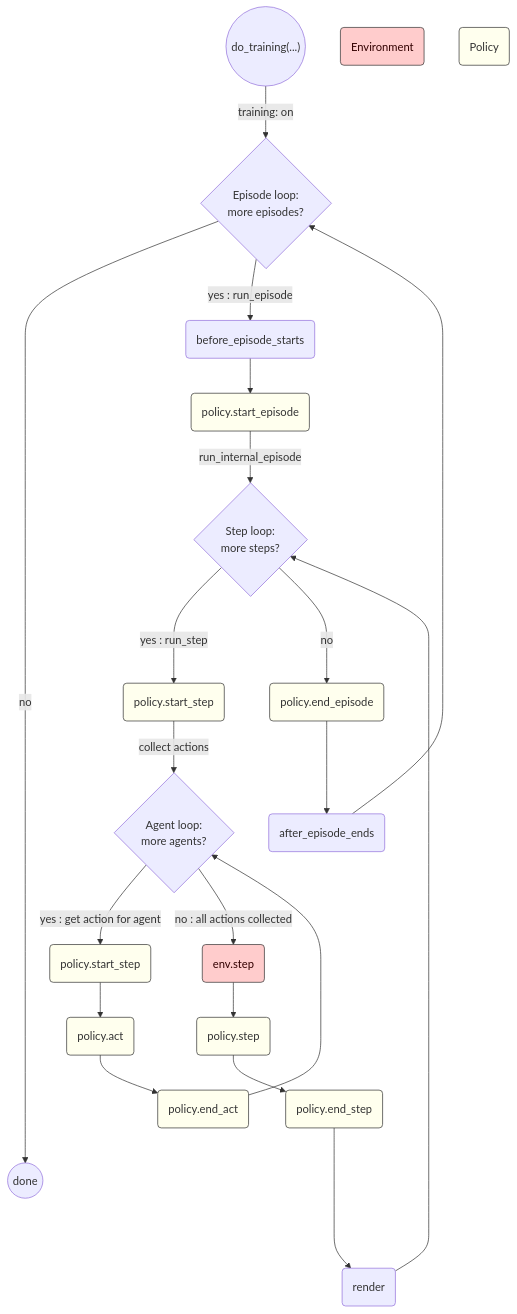
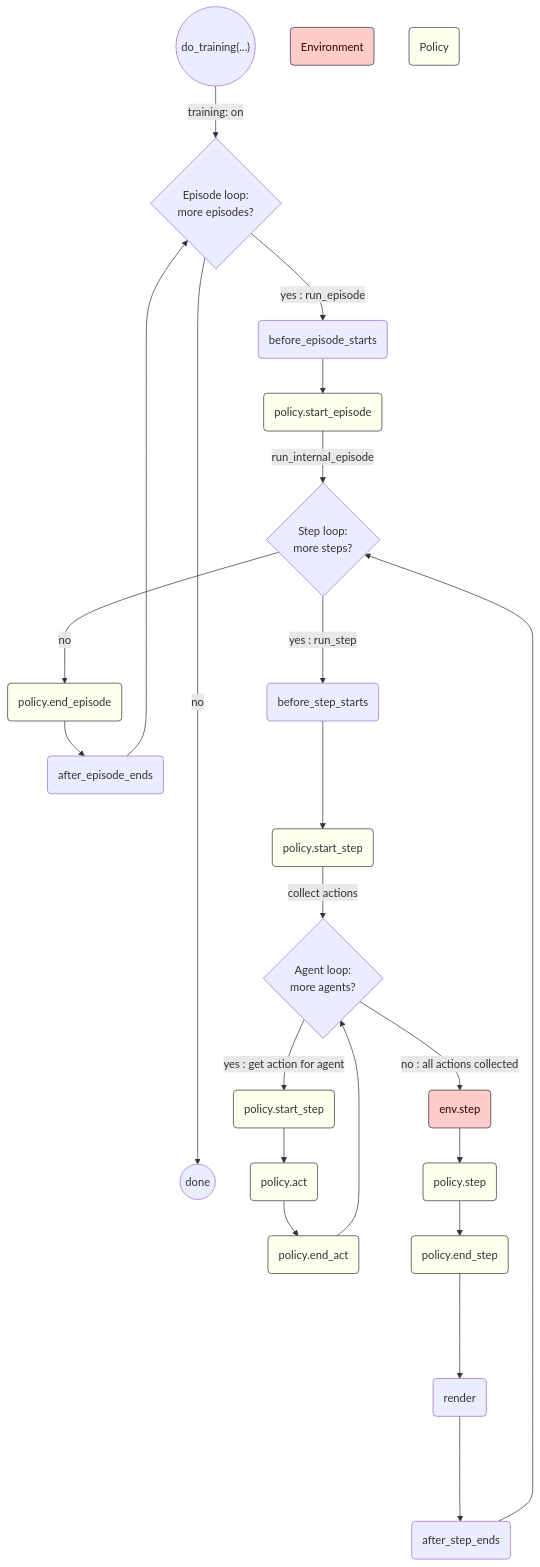
The third of 3 diagrams in README.md (aiAdrian/flatland_solver_policy), drawn with Mermaid before and after one commit. The commit also changed 1 other file, not shown here.

````diff
--- a/README.md
+++ b/README.md
@@ -108,39 +108,41 @@
 ```mermaid
 flowchart TD
     Solver(("do_training(...)"))
     Solver --> |training: on| C{Episode loop:\n more episodes?}
     C -------------> |no| End(( done ))
     C --> |yes : run_episode| D1(before_episode_starts)
     D1 --> D2(policy.start_episode)
     D2 --> |run_internal_episode| E{Step loop:\n more steps?}
     F1 --> |collect actions| G{Agent loop:\n more agents?}
-    E ---> |yes : run_step| F1(policy.start_step)
+    E ---> |yes : run_step| E1(before_step_starts)
+    E1 ---> F1(policy.start_step)
     G -->  |yes : get action for agent| G1(policy.start_step)
     G1 --> G2(policy.act)
     G2 --> G3(policy.end_act)
     G3 --> G
     G --> |no : all actions collected|F2(env.step)
     F2 --> F3(policy.step)
     F3 --> F4(policy.end_step)
-    F5 --> E 
+    F6 --> E 
     D5 --> C
     E ---> |no| D4(policy.end_episode)
     D4 --> D5(after_episode_ends) 
     F4 ----> F5(render)
+    F5 ----> F6(after_step_ends)
     
     Env(Environment)
     Policy(Policy)
     
     style D2 fill:#ffe,stroke:#333,stroke-width:1px 
     style F1 fill:#ffe,stroke:#333,stroke-width:1px 
     style D4 fill:#ffe,stroke:#333,stroke-width:1px 
     style G1 fill:#ffe,stroke:#333,stroke-width:1px 
     style G2 fill:#ffe,stroke:#333,stroke-width:1px 
     style G3 fill:#ffe,stroke:#333,stroke-width:1px 
     style F3 fill:#ffe,stroke:#333,stroke-width:1px 
     style F4 fill:#ffe,stroke:#333,stroke-width:1px 
 
     style Policy fill:#ffe,stroke:#333,stroke-width:1px 
     style F2 fill:#fcc,stroke:#333,stroke-width:1px,color:#300
     style Env fill:#fcc,stroke:#333,stroke-width:1px,color:#300
 ```
````
